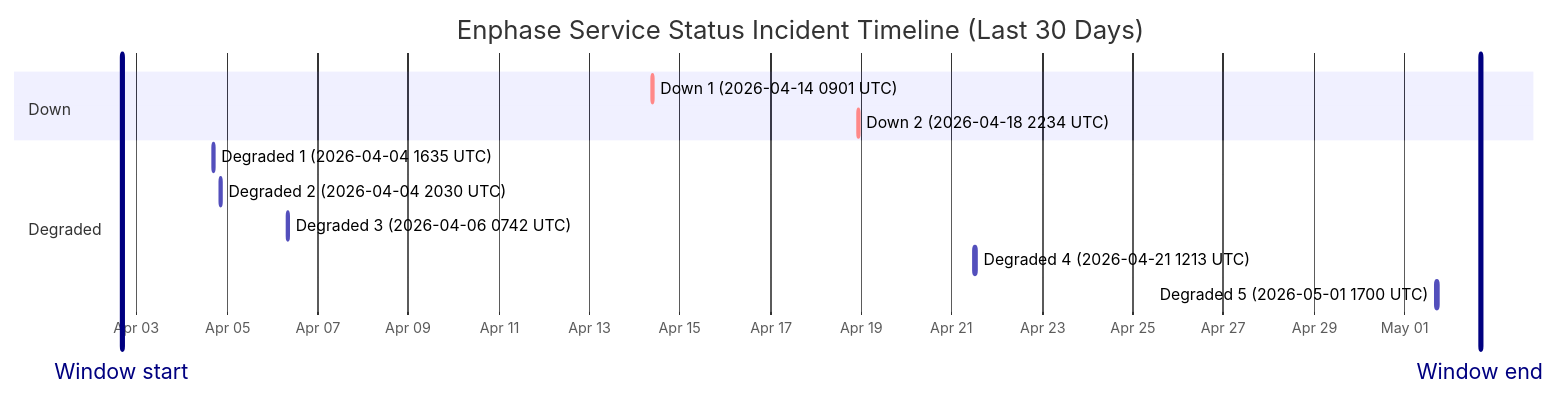
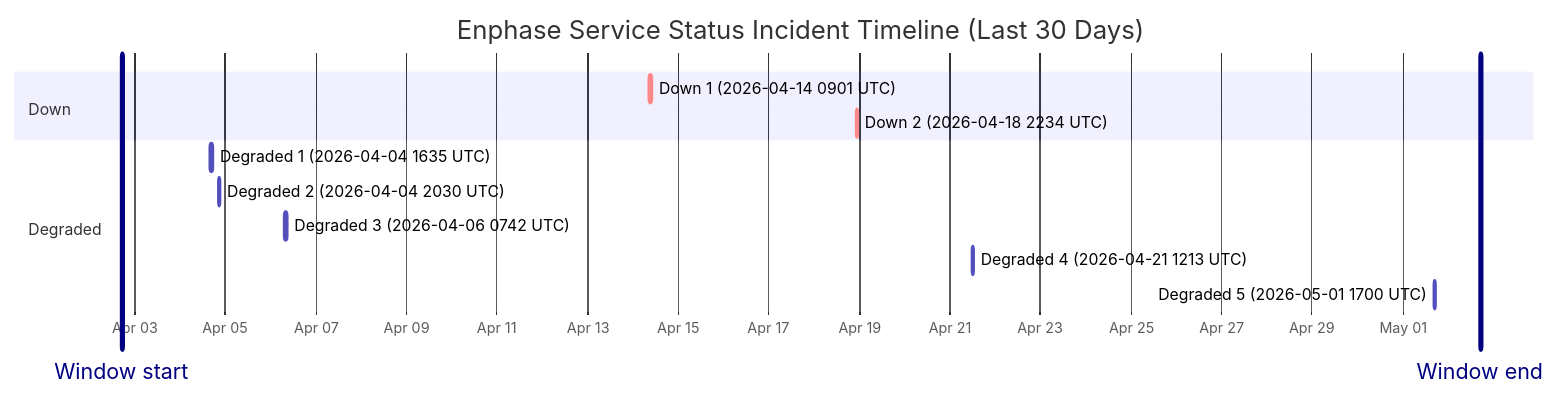
One commit to barneyonline/ha-enphase-ev-charger changed the diagram in wiki/Service-Status-History.md. Above: the diagram before and after it, drawn with Mermaid. The commit also changed other lines of this file and 3 other files, not shown here.

````diff
--- a/wiki/Service-Status-History.md
+++ b/wiki/Service-Status-History.md
@@ -14,17 +14,17 @@
 ```mermaid
 gantt
     title Enphase Service Status Incident Timeline (Last 30 Days)
     dateFormat  YYYY-MM-DDTHH:mm:ss
     axisFormat  %b %d
-    Window start :vert, window-start, 2026-04-02T16:09:25, 0ms
-    Window end :vert, window-end, 2026-05-02T16:09:25, 0ms
+    Window start :vert, window-start, 2026-04-02T17:13:11, 0ms
+    Window end :vert, window-end, 2026-05-02T17:13:11, 0ms
     section Down
     Down 1 (2026-04-14 0901 UTC) :crit, down-1, 2026-04-14T09:01:13, 60m
     Down 2 (2026-04-18 2234 UTC) :crit, down-2, 2026-04-18T22:34:13, 60m
     section Degraded
     Degraded 1 (2026-04-04 1635 UTC) :active, degraded-1, 2026-04-04T16:35:17, 60m
     Degraded 2 (2026-04-04 2030 UTC) :active, degraded-2, 2026-04-04T20:30:40, 60m
     Degraded 3 (2026-04-06 0742 UTC) :active, degraded-3, 2026-04-06T07:42:09, 85m
     Degraded 4 (2026-04-21 1213 UTC) :active, degraded-4, 2026-04-21T12:13:11, 60m
     Degraded 5 (2026-05-01 1700 UTC) :active, degraded-5, 2026-05-01T17:00:22, 60m
 ```
````
